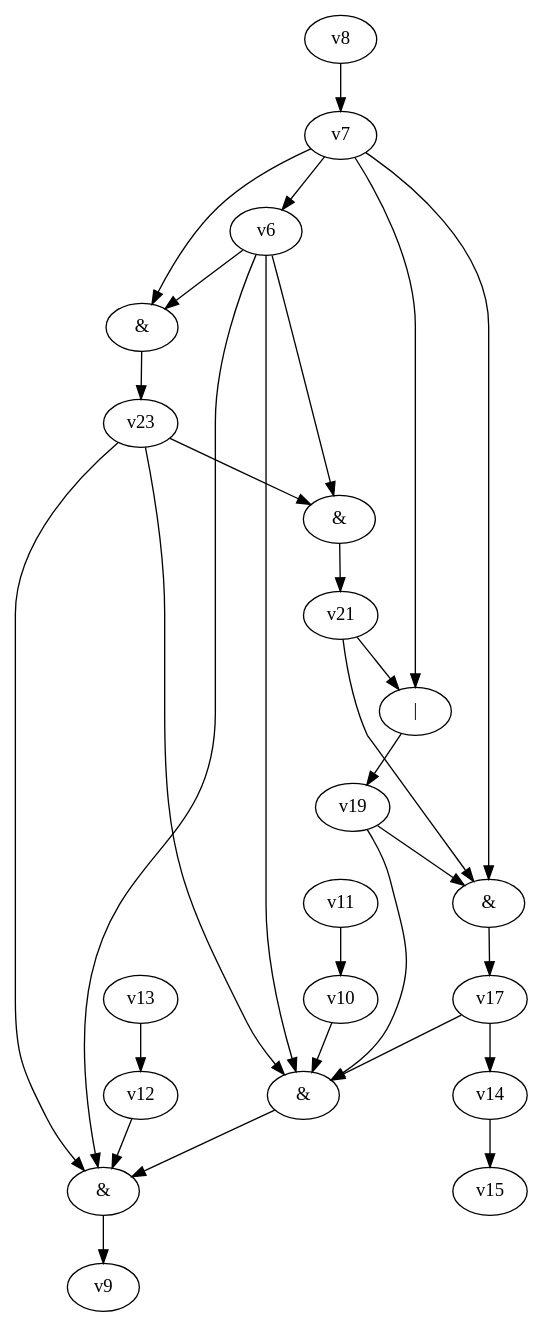
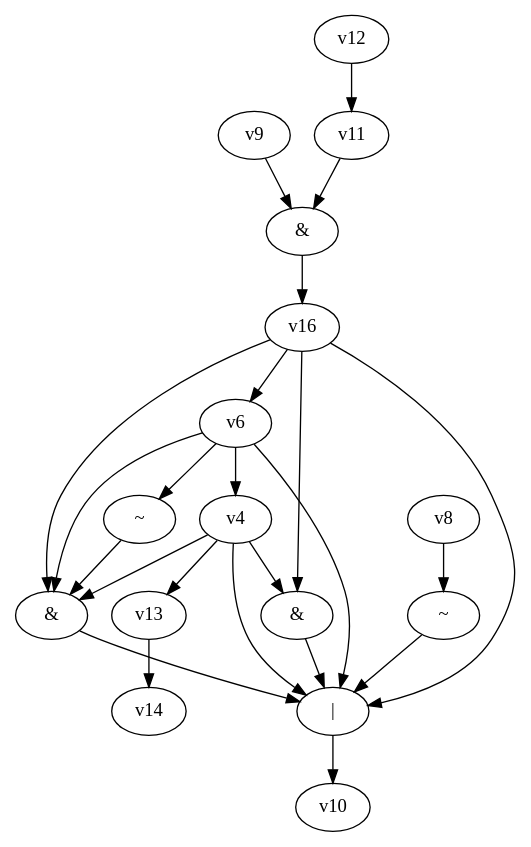
Before and after one commit to yadej/graph_project: the diagram in dot_files/random_bool_circ.dot, drawn with Graphviz. The commit also changed 3 other files, not shown here.

```diff
--- a/dot_files/random_bool_circ.dot
+++ b/dot_files/random_bool_circ.dot
@@ -1,33 +1,29 @@
 digraph G { 
-v0 [label="&"]; 
+v0 [label="|"]; 
 v1 [label="&"]; 
-v16 [label="&"]; 
-v18 [label="|"]; 
-v20 [label="&"]; 
-v22 [label="&"]; 
-v0 -> v9;
+v2 [label="~"]; 
+v3 [label="&"]; 
+v5 [label="~"]; 
+v15 [label="&"]; 
+v0 -> v10;
 v1 -> v0;
+v2 -> v0;
+v3 -> v0;
+v4 -> v0;
+v4 -> v1;
+v4 -> v3;
+v4 -> v13 -> v14;
+v5 -> v1;
 v6 -> v0;
 v6 -> v1;
-v6 -> v20 -> v21;
-v6 -> v22 -> v23;
-v7 -> v6;
-v7 -> v16 -> v17;
-v7 -> v18 -> v19;
-v7 -> v22;
-v8 -> v7;
-v10 -> v1;
-v11 -> v10;
-v12 -> v0;
-v13 -> v12;
-v14 -> v15;
-v17 -> v1;
-v17 -> v14;
-v19 -> v1;
-v19 -> v16;
-v21 -> v16;
-v21 -> v18;
-v23 -> v0;
-v23 -> v1;
-v23 -> v20;
+v6 -> v4;
+v6 -> v5;
+v8 -> v2;
+v9 -> v15 -> v16;
+v11 -> v15;
+v12 -> v11;
+v16 -> v0;
+v16 -> v1;
+v16 -> v3;
+v16 -> v6;
 }
```
